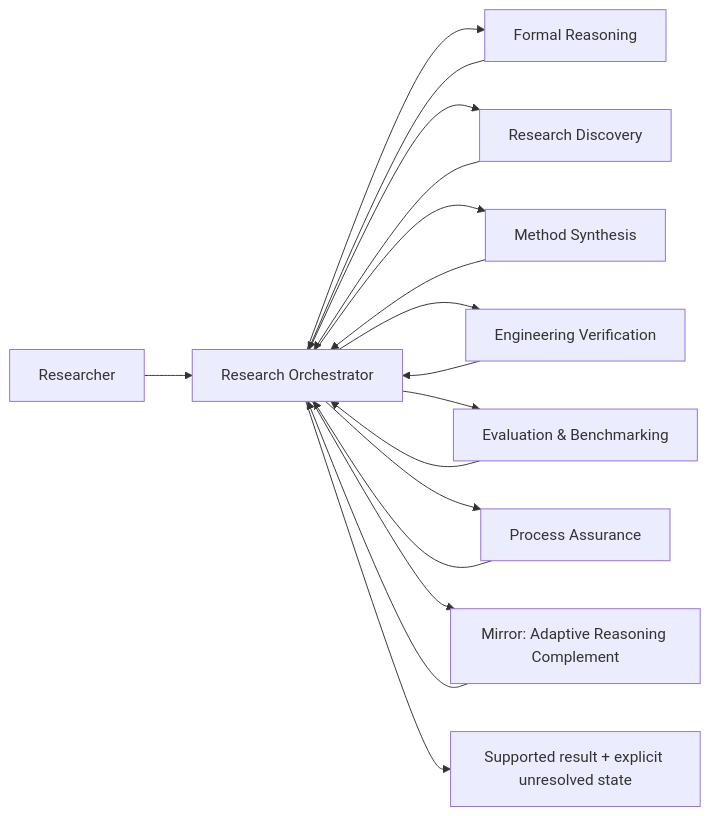
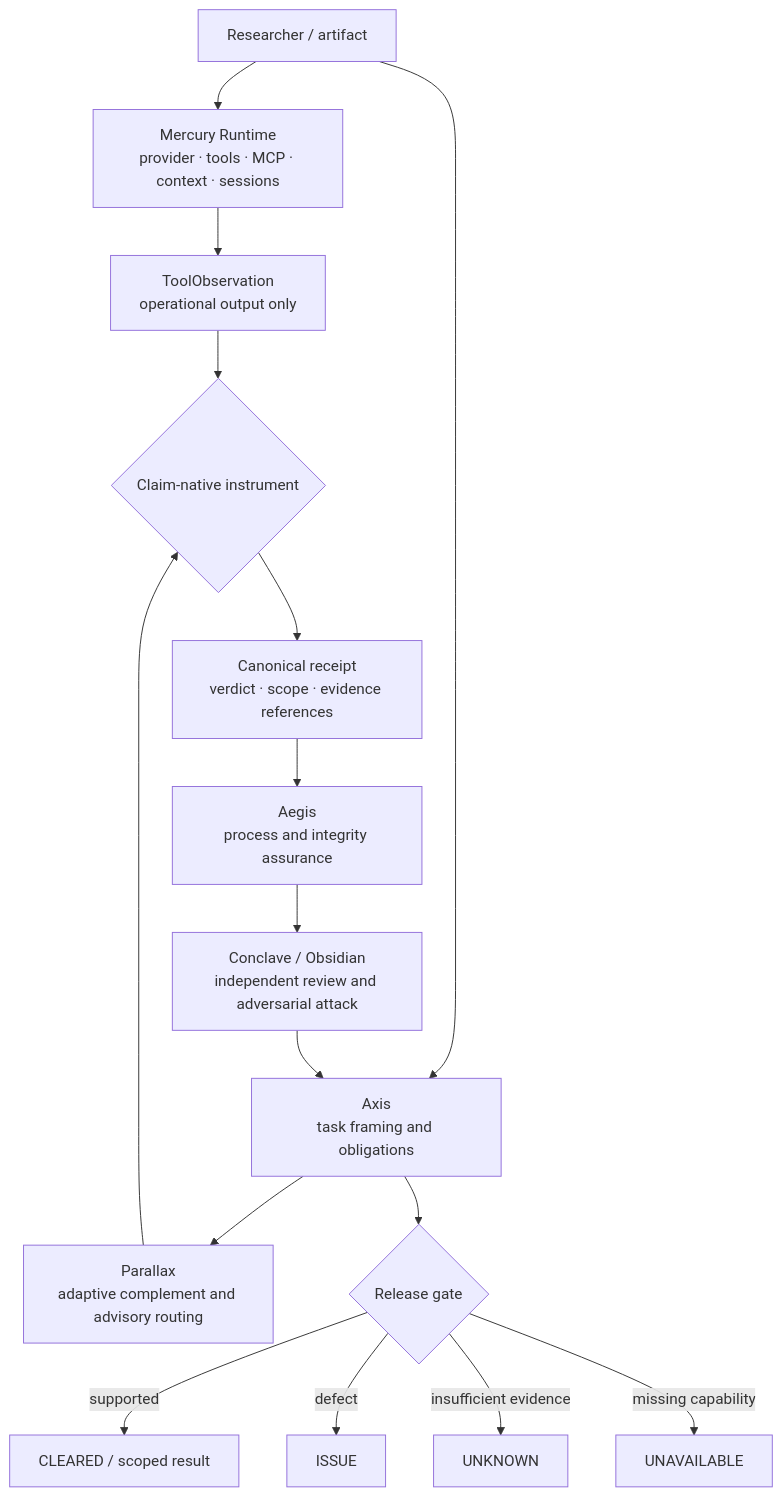
One commit to Kitahl/The-Gauntlet changed the diagram in README.md. Above: the diagram before and after it, drawn with Mermaid. The commit also changed other lines of this file and 26 other files, not shown here.

````diff
--- a/README.md
+++ b/README.md
@@ -63,19 +50,18 @@
 ```mermaid
-flowchart LR
-    U[Researcher] --> O[Research Orchestrator]
-    O --> F[Formal Reasoning]
-    O --> D[Research Discovery]
-    O --> S[Method Synthesis]
-    O --> E[Engineering Verification]
-    O --> B[Evaluation & Benchmarking]
-    O --> P[Process Assurance]
-    O --> A[Mirror: Adaptive Reasoning Complement]
-    P --> O
-    A --> O
-    F --> O
-    D --> O
-    S --> O
-    E --> O
-    B --> O
-    O --> R[Supported result + explicit unresolved state]
+flowchart TD
+    U[Researcher / artifact] --> M[Mercury Runtime\nprovider · tools · MCP · context · sessions]
+    M --> O[ToolObservation\noperational output only]
+    U --> X[Axis\ntask framing and obligations]
+    X --> P[Parallax\nadaptive complement and advisory routing]
+    P --> I{Claim-native instrument}
+    O --> I
+    I --> R[Canonical receipt\nverdict · scope · evidence references]
+    R --> A[Aegis\nprocess and integrity assurance]
+    A --> C[Conclave / Obsidian\nindependent review and adversarial attack]
+    C --> X
+    X --> G{Release gate}
+    G -->|supported| S[CLEARED / scoped result]
+    G -->|defect| E[ISSUE]
+    G -->|insufficient evidence| Q[UNKNOWN]
+    G -->|missing capability| N[UNAVAILABLE]
 ```
````
